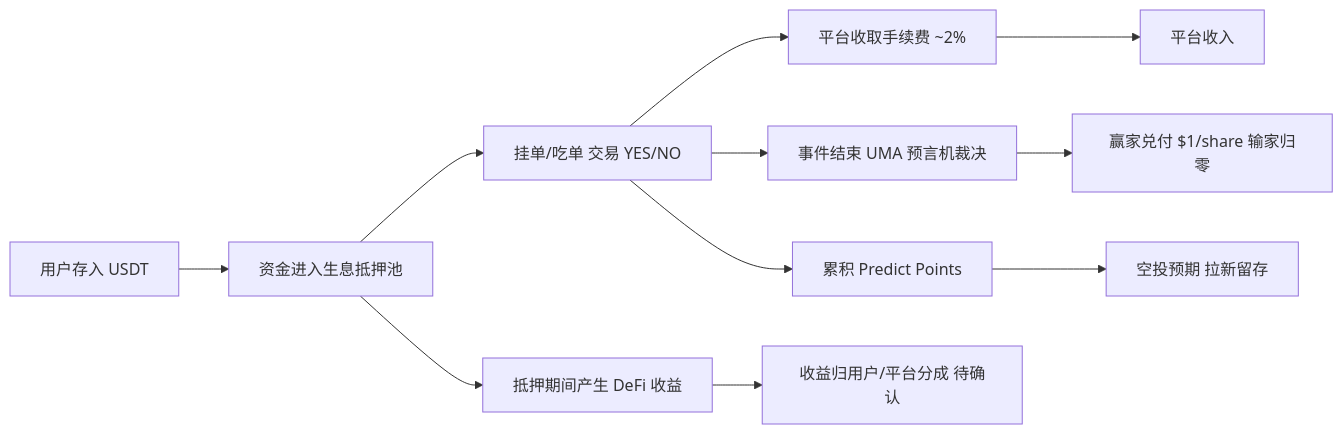
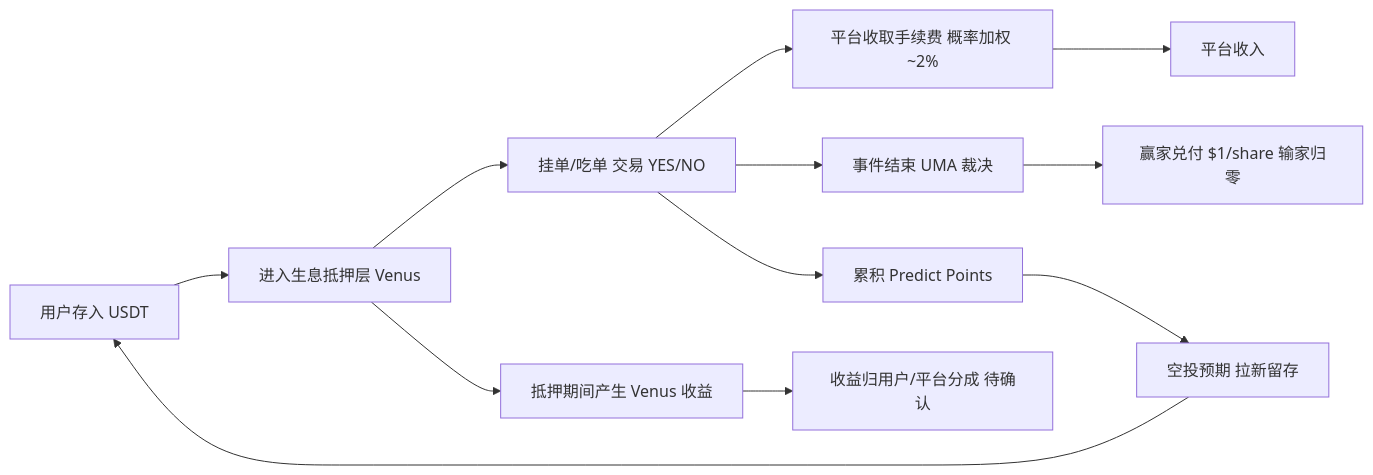
One commit to survivorff/predictfun_design changed the third of 6 diagrams in research/02_business_architecture/analysis.md. Above: the diagram before and after it, drawn with Mermaid. The commit also changed other lines of this file and 11 other files, not shown here.

````diff
--- a/research/02_business_architecture/analysis.md
+++ b/research/02_business_architecture/analysis.md
@@ -57,13 +90,14 @@
 ```mermaid
 flowchart LR
-    A[用户存入 USDT] --> B[资金进入生息抵押池]
+    A[用户存入 USDT] --> B[进入生息抵押层 Venus]
     B --> C[挂单/吃单 交易 YES/NO]
-    C --> D[平台收取手续费 ~2%]
-    B --> E[抵押期间产生 DeFi 收益]
-    C --> F[事件结束 UMA 预言机裁决]
+    C --> D[平台收取手续费 概率加权 ~2%]
+    B --> E[抵押期间产生 Venus 收益]
+    C --> F[事件结束 UMA 裁决]
     F --> G[赢家兑付 $1/share 输家归零]
     D --> H[平台收入]
     E --> I[收益归用户/平台分成 待确认]
     C --> J[累积 Predict Points]
     J --> K[空投预期 拉新留存]
+    K --> A
 ```
````
